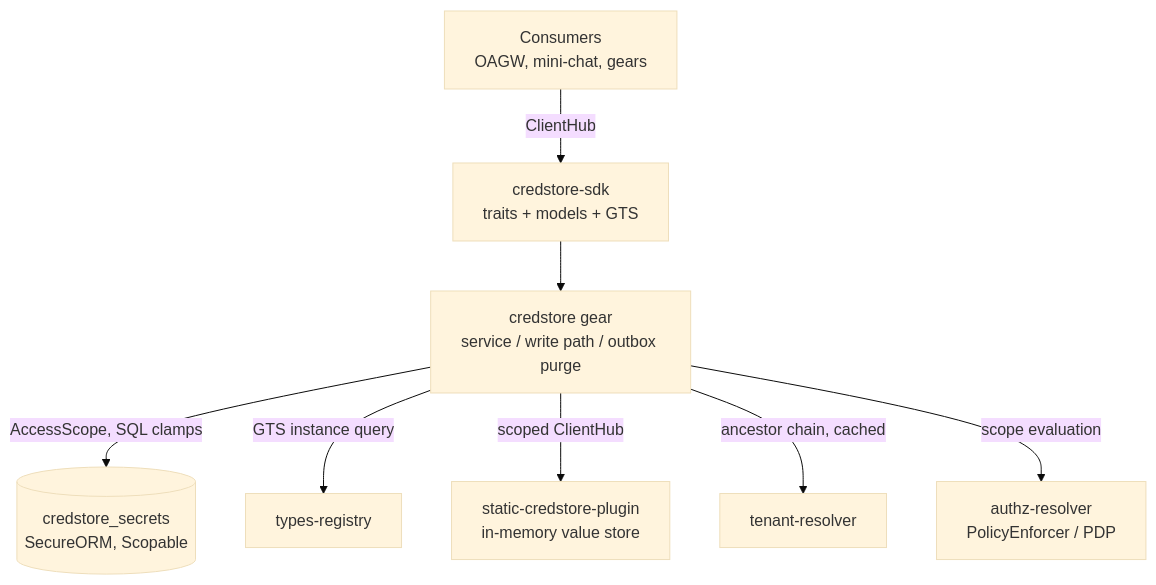
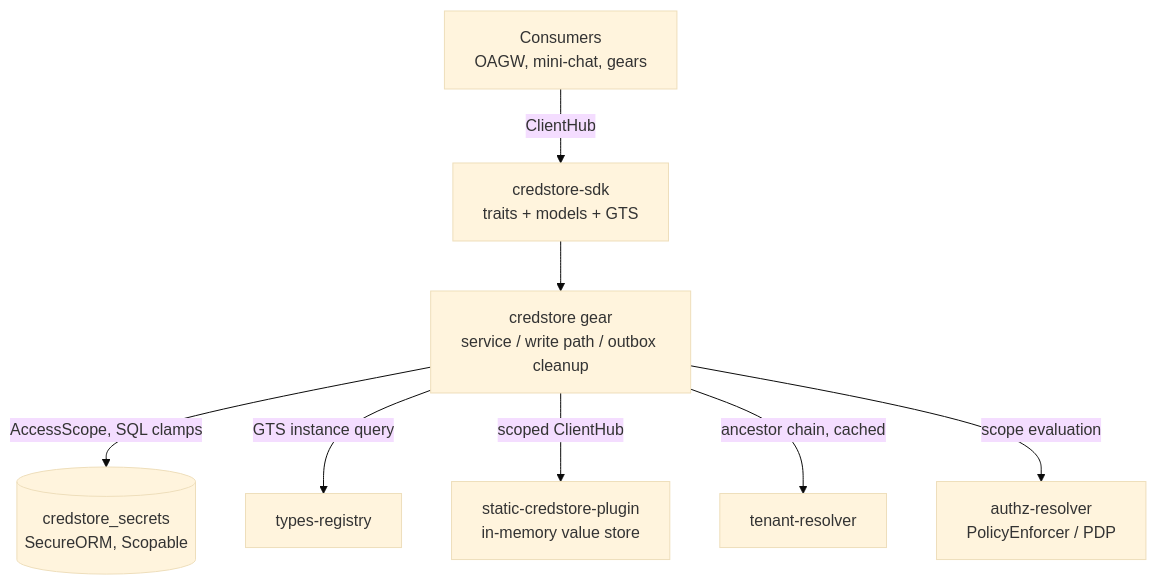
Before and after one commit to constructorfabric/gears-rust: the first of 5 diagrams in gears/credstore/docs/DESIGN.md, drawn with Mermaid (base theme). The commit also changed other lines of this file and 6 other files, not shown here.

First line of the commit message:
docs(credstore): write intents and outbox cleanup in ADR-0006, DESIGN, PRD

````diff
--- a/gears/credstore/docs/DESIGN.md
+++ b/gears/credstore/docs/DESIGN.md
@@ -305,19 +305,19 @@
 ```mermaid
 graph TB
     Consumer[Consumers<br/>OAGW, mini-chat, gears]
     SDK[credstore-sdk<br/>traits + models + GTS]
-    GW[credstore gear<br/>service / write path / outbox purge]
+    GW[credstore gear<br/>service / write path / outbox cleanup]
     REPO[(credstore_secrets<br/>SecureORM, Scopable)]
     SP[static-credstore-plugin<br/>in-memory value store]
     PDP[authz-resolver<br/>PolicyEnforcer / PDP]
     TR[tenant-resolver]
     TReg[types-registry]
 
     Consumer -->|ClientHub| SDK
     SDK --> GW
     GW -->|AccessScope, SQL clamps| REPO
     GW -->|GTS instance query| TReg
     GW -->|scoped ClientHub| SP
     GW -->|ancestor chain, cached| TR
     GW -->|scope evaluation| PDP
 ```
````
